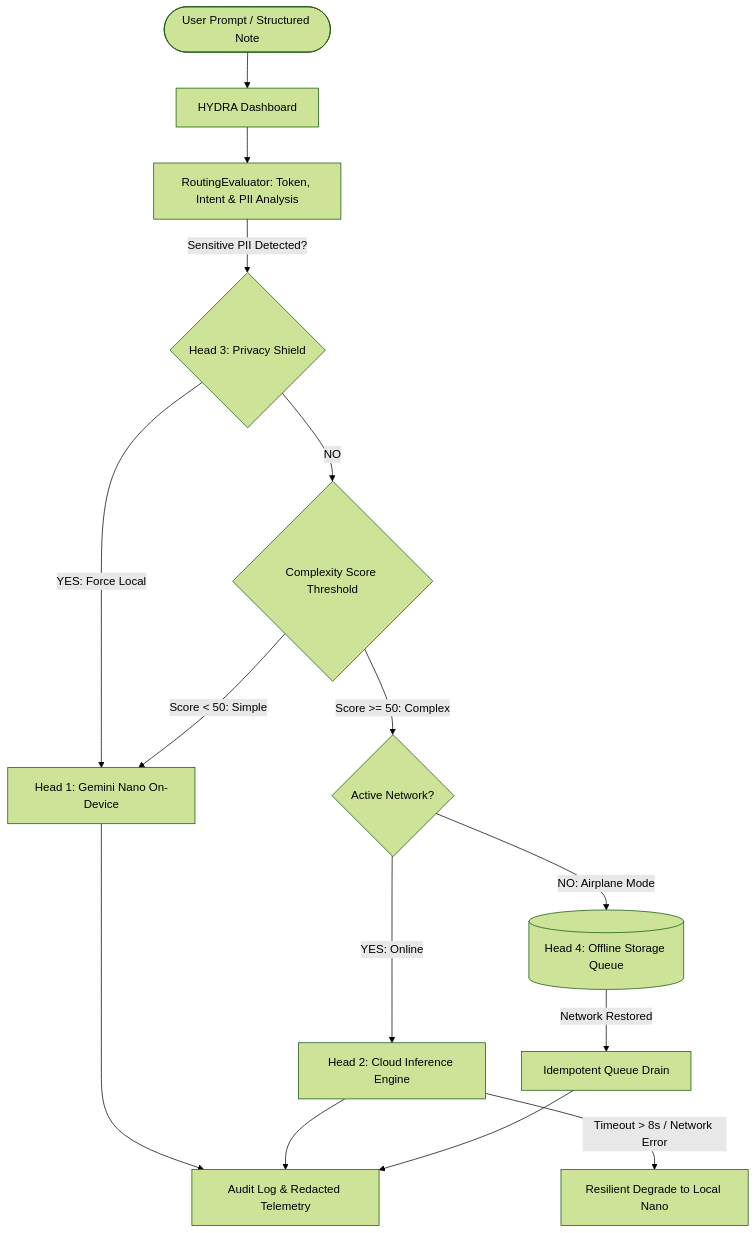
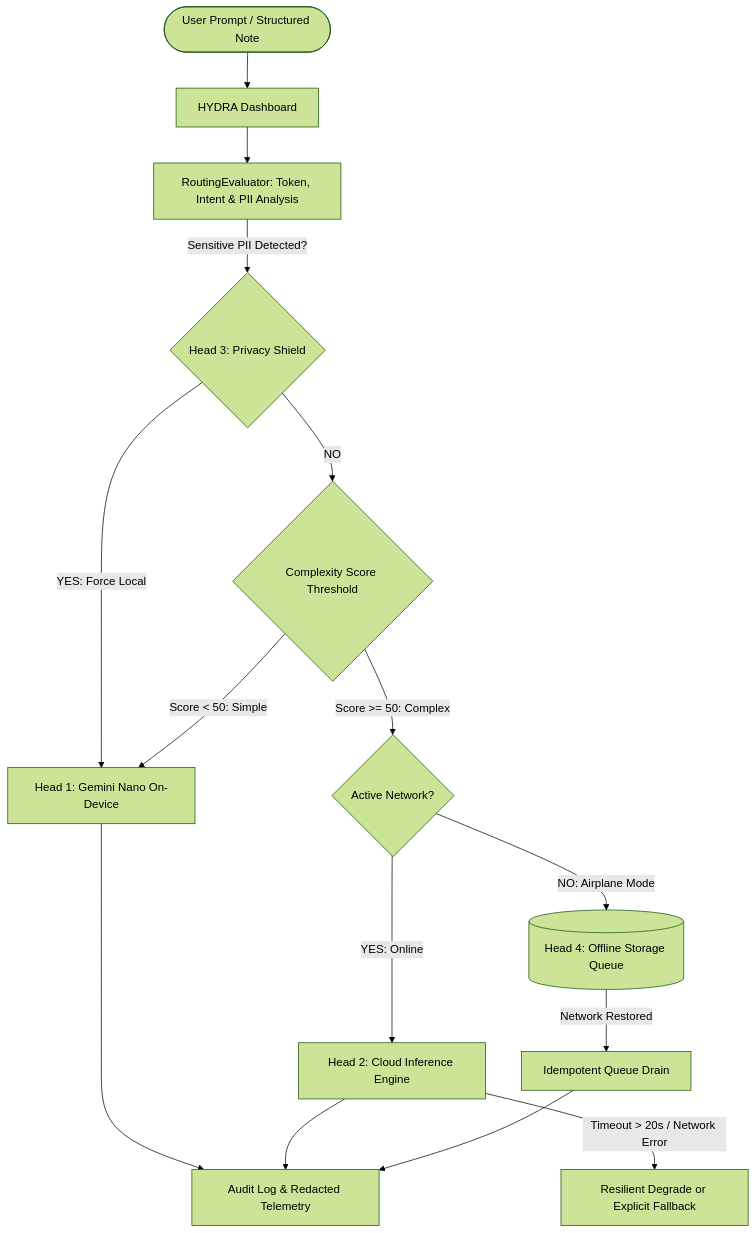
Before and after one commit to jammar24/Hydra-Agent: the diagram in README.md, drawn with Mermaid (forest theme). The commit also changed other lines of this file and 6 other files, not shown here.

````diff
--- a/README.md
+++ b/README.md
@@ -34,21 +34,21 @@
 ```mermaid
 flowchart TD
     User([User Prompt / Structured Note]) --> UI[HYDRA Dashboard]
     UI --> Evaluator[RoutingEvaluator: Token, Intent & PII Analysis]
     
     Evaluator -->|Sensitive PII Detected?| PII{Head 3: Privacy Shield}
     PII -->|YES: Force Local| Head1[Head 1: Gemini Nano On-Device]
     
     PII -->|NO| Complexity{Complexity Score Threshold}
     Complexity -->|Score < 50: Simple| Head1
     Complexity -->|Score >= 50: Complex| NetCheck{Active Network?}
     
     NetCheck -->|YES: Online| Head2[Head 2: Cloud Inference Engine]
     NetCheck -->|NO: Airplane Mode| OfflineQueue[(Head 4: Offline Storage Queue)]
     
-    Head2 -->|Timeout > 8s / Network Error| FallbackLocal[Resilient Degrade to Local Nano]
+    Head2 -->|Timeout > 20s / Network Error| FallbackLocal[Resilient Degrade or Explicit Fallback]
     
     Head1 --> Audit[Audit Log & Redacted Telemetry]
     Head2 --> Audit
     OfflineQueue -->|Network Restored| Drain[Idempotent Queue Drain] --> Audit
 ```
````
